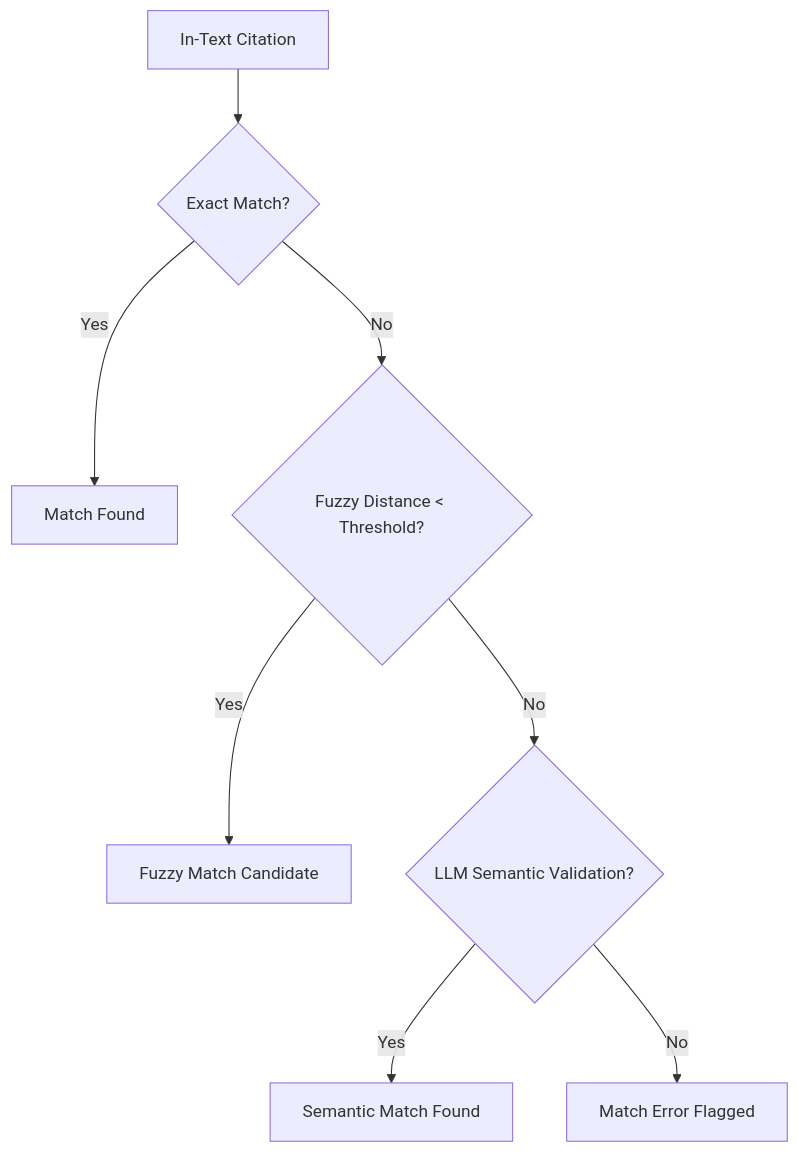
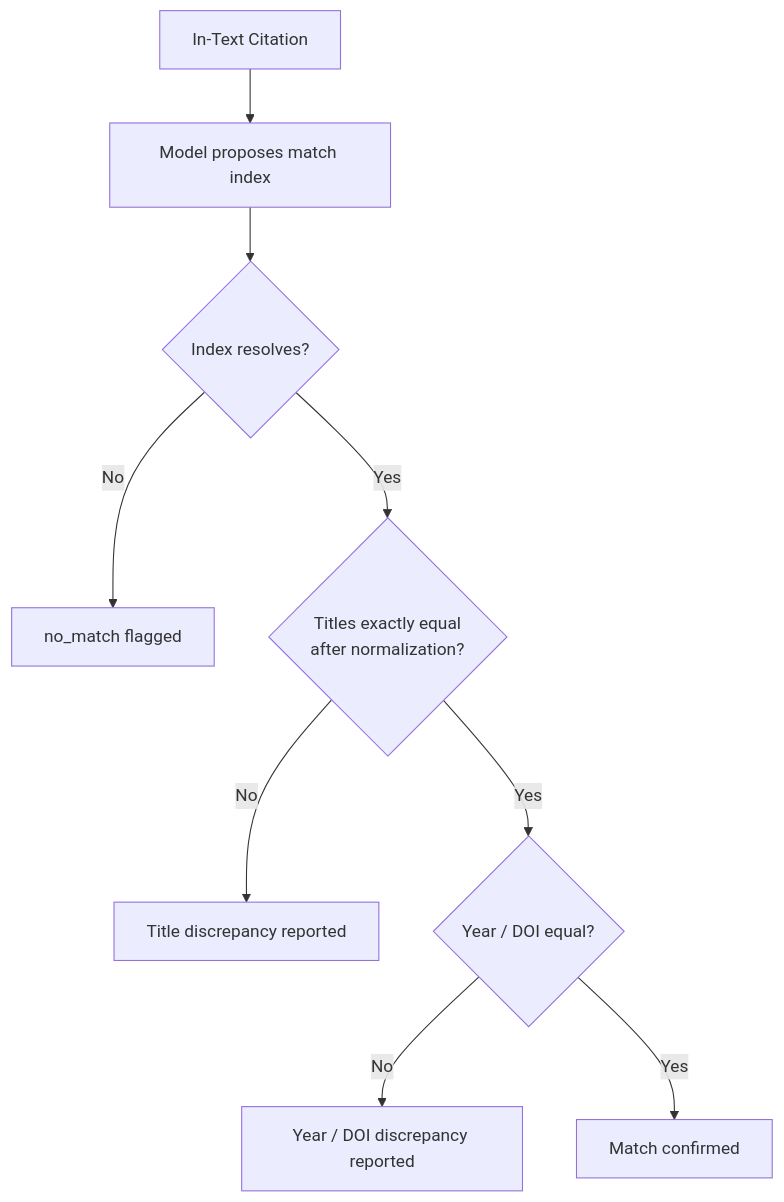
The second of 2 diagrams in 03-technical-architecture/14-ai-nlp-design.md (Faithmanex/citepilot), drawn with Mermaid before and after one commit. The commit also changed other lines of this file and 10 other files, not shown here.

First line of the commit message:
docs(ai): align pipeline, API, schema, ADR and testing docs with shipped system

````diff
--- a/03-technical-architecture/14-ai-nlp-design.md
+++ b/03-technical-architecture/14-ai-nlp-design.md
@@ -102,10 +66,11 @@
 ```mermaid
 graph TD
-    A[In-Text Citation] --> B{Exact Match?}
-    B -- Yes --> C[Match Found]
-    B -- No --> D{Fuzzy Distance < Threshold?}
-    D -- Yes --> E[Fuzzy Match Candidate]
-    D -- No --> F{LLM Semantic Validation?}
-    F -- Yes --> G[Semantic Match Found]
-    F -- No --> H[Match Error Flagged]
+    A[In-Text Citation] --> B[Model proposes match index]
+    B --> C{Index resolves?}
+    C -- No --> H[no_match flagged]
+    C -- Yes --> D{Titles exactly equal<br/>after normalization?}
+    D -- No --> E[Title discrepancy reported]
+    D -- Yes --> F{Year / DOI equal?}
+    F -- No --> G[Year / DOI discrepancy reported]
+    F -- Yes --> C2[Match confirmed]
 ```
````
